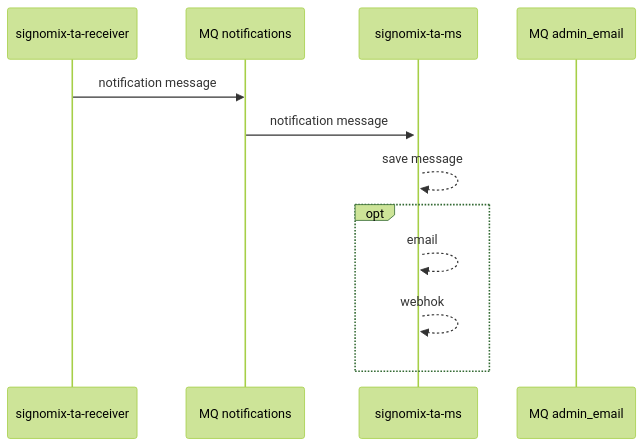
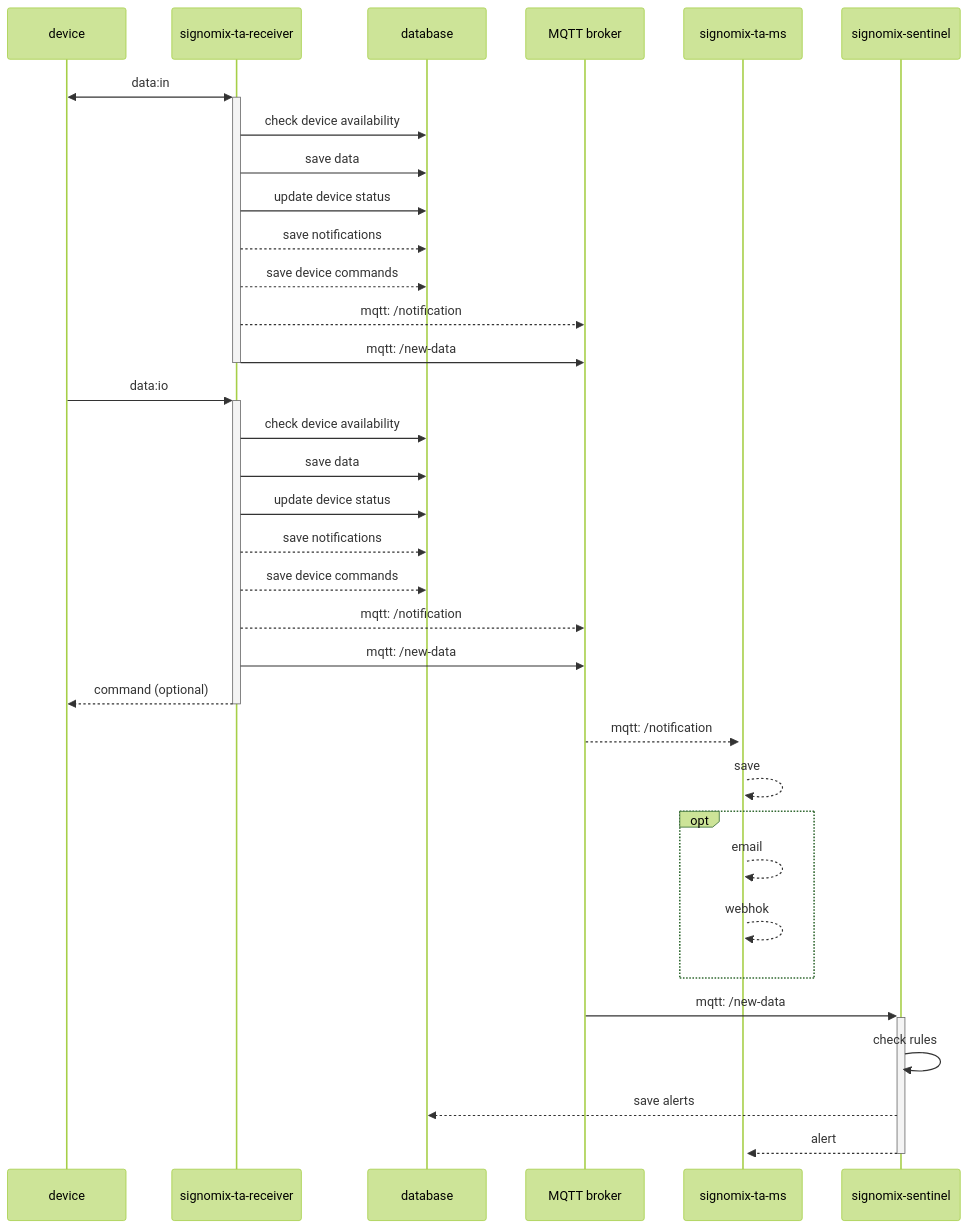
The second of 2 diagrams in doc/messaging.md (signomix/signomix), drawn with Mermaid (forest theme) before and after one commit. The commit also changed other lines of this file and 2 other files, not shown here.

Commit message:
wip: removing RabbitMQ

````diff
--- a/doc/messaging.md
+++ b/doc/messaging.md
@@ -26,14 +26,38 @@
 ```mermaid
 sequenceDiagram
+    participant device as device
     participant receiver as signomix-ta-receiver
-    participant B as MQ notifications
+    participant D as database
+    participant B as MQTT broker
     participant C as signomix-ta-ms
-    participant D as MQ admin_email
-    receiver->>B: notification message
-    B->>+C: notification message
-    C-->>C: save message
+    participant F as signomix-sentinel
+    device<<->>+receiver: data:in
+    receiver->>D: check device availability
+    receiver->>D: save data
+    receiver->>D: update device status
+    receiver-->>D: save notifications
+    receiver-->>D: save device commands
+    receiver-->>B: mqtt: /notification
+    receiver->>-B: mqtt: /new-data
+    device->>+receiver: data:io
+    receiver->>D: check device availability
+    receiver->>D: save data
+    receiver->>D: update device status
+    receiver-->>D: save notifications
+    receiver-->>D: save device commands
+    receiver-->>B: mqtt: /notification
+    receiver->>B: mqtt: /new-data
+    receiver-->>-device: command (optional)
+    B-->>+C: mqtt: /notification 
+    C-->>C: save
     opt
       C-->>C: email
       C-->>C: webhok
     end
+    B->>+F: mqtt: /new-data
+    F->>F: check rules
+    F-->>D: save alerts
+    F-->>-C:alert
+
+
 ```
````
